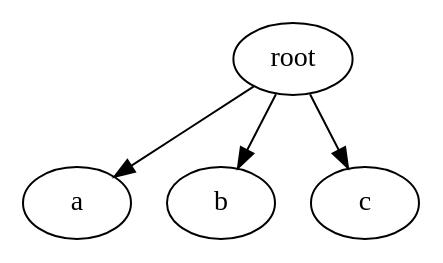
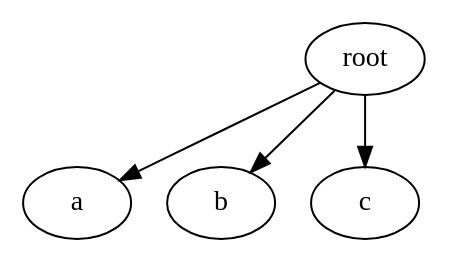
Before and after one commit to sisyphus1212/note: diagram 15 of 15 in other/graphviz/tips.md, drawn with Graphviz.

Commit message:
auto_update

````diff
--- a/other/graphviz/tips.md
+++ b/other/graphviz/tips.md
@@ -304,7 +304,7 @@
 ```graphviz
 digraph {
   root -> a
   root -> b [weight=2]
-  root -> c [weight=3]
+  root -> c [weight=11]
 }
 ```
````
